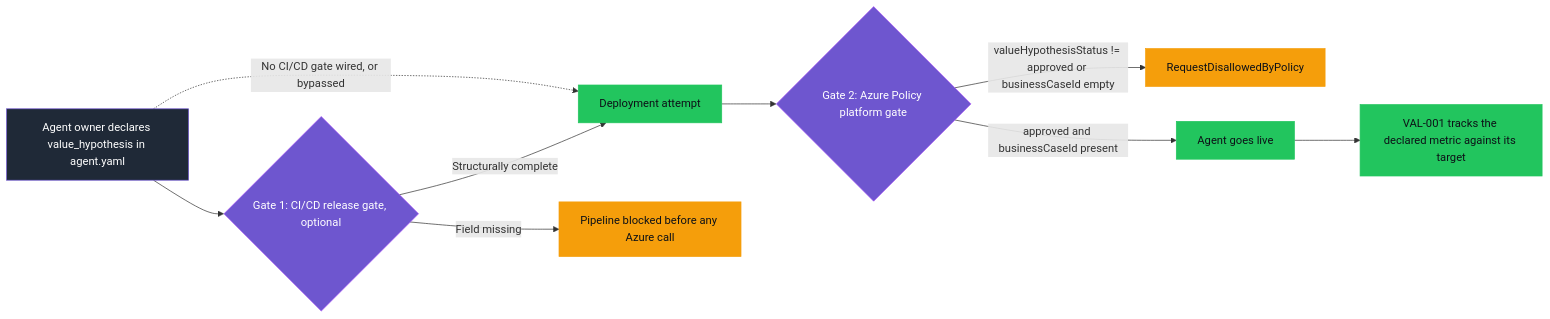
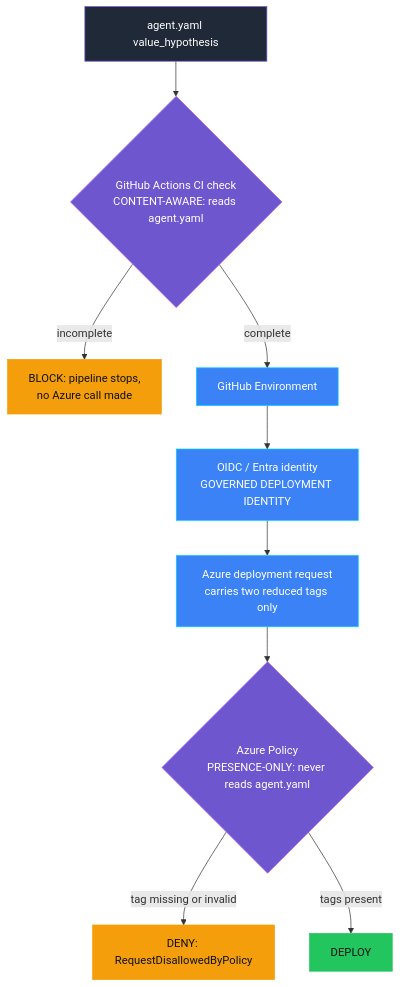
One commit to doruit/forged-with-foundry changed the diagram in controls/value_adoption_and_finops/VAL-PRE-001_value_hypothesis_missing/README.md. Above: the diagram before and after it, drawn with Mermaid. The commit also changed other lines of this file and 11 other files, not shown here.

````diff
--- a/controls/value_adoption_and_finops/VAL-PRE-001_value_hypothesis_missing/README.md
+++ b/controls/value_adoption_and_finops/VAL-PRE-001_value_hypothesis_missing/README.md
@@ -383,22 +108,22 @@
 ```mermaid
-flowchart LR
-  Owner[Agent owner declares value_hypothesis in agent.yaml] --> Gate1{Gate 1: CI/CD release gate, optional}
-  Owner -.->|No CI/CD gate wired, or bypassed| Attempt[Deployment attempt]
-  Gate1 -->|Field missing| Block1[Pipeline blocked before any Azure call]
-  Gate1 -->|Structurally complete| Attempt
-  Attempt --> Gate2{Gate 2: Azure Policy platform gate}
-  Gate2 -->|valueHypothesisStatus != approved or businessCaseId empty| Block2[RequestDisallowedByPolicy]
-  Gate2 -->|approved and businessCaseId present| Live[Agent goes live]
-  Live --> Track[VAL-001 tracks the declared metric against its target]
+flowchart TB
+  Y[agent.yaml value_hypothesis] --> CI{"GitHub Actions CI check<br/>CONTENT-AWARE: reads agent.yaml"}
+  CI -->|incomplete| BLOCK[BLOCK: pipeline stops,<br/>no Azure call made]
+  CI -->|complete| ENVIRONMENT[GitHub Environment]
+  ENVIRONMENT --> OIDC["OIDC / Entra identity<br/>GOVERNED DEPLOYMENT IDENTITY"]
+  OIDC --> REQ[Azure deployment request<br/>carries two reduced tags only]
+  REQ --> POLICY{"Azure Policy<br/>PRESENCE-ONLY: never reads agent.yaml"}
+  POLICY -->|tag missing or invalid| DENY[DENY: RequestDisallowedByPolicy]
+  POLICY -->|tags present| DEPLOY[DEPLOY]
 
   classDef governance fill:#6E56CF,stroke:#A855F7,color:#FFFFFF
   classDef platform fill:#3B82F6,stroke:#00D4FF,color:#FFFFFF
   classDef success fill:#22C55E,stroke:#22C55E,color:#0D1117
   classDef attention fill:#F59E0B,stroke:#F59E0B,color:#0D1117
   classDef neutral fill:#1F2937,stroke:#6E56CF,color:#FFFFFF
-  class Owner neutral
-  class Gate1 governance
-  class Gate2 governance
-  class Block1,Block2 attention
-  class Attempt,Live,Track success
+  class Y neutral
+  class CI,POLICY governance
+  class ENVIRONMENT,OIDC,REQ platform
+  class BLOCK,DENY attention
+  class DEPLOY success
 ```
````
